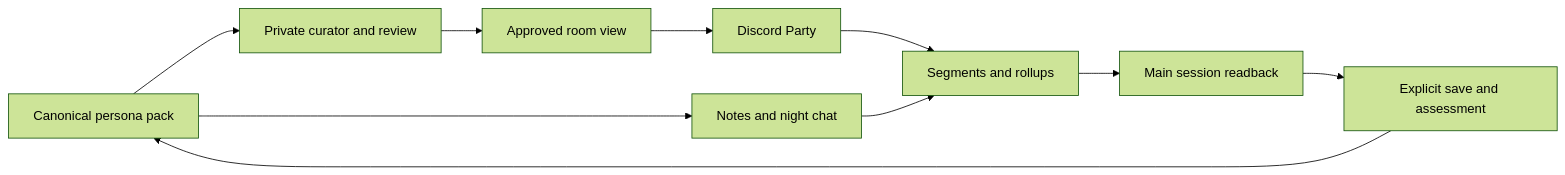
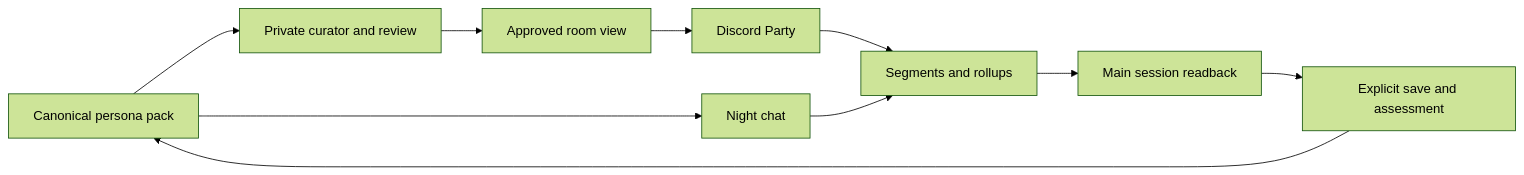
One commit to KerberosClaw/kc_agent_a2a changed the diagram in README.md. Above: the diagram before and after it, drawn with Mermaid (forest theme). The commit also changed other lines of this file and 41 other files, not shown here.

````diff
--- a/README.md
+++ b/README.md
@@ -34,12 +38,12 @@
 ```mermaid
 flowchart LR
-    P[Canonical persona pack] --> N[Notes and night chat]
+    P[Canonical persona pack] --> N[Night chat]
     P --> C[Private curator and review]
     C --> V[Approved room view]
     V --> D[Discord Party]
     D --> S[Segments and rollups]
     N --> S
     S --> M[Main session readback]
     M --> H[Explicit save and assessment]
     H --> P
 ```
````
